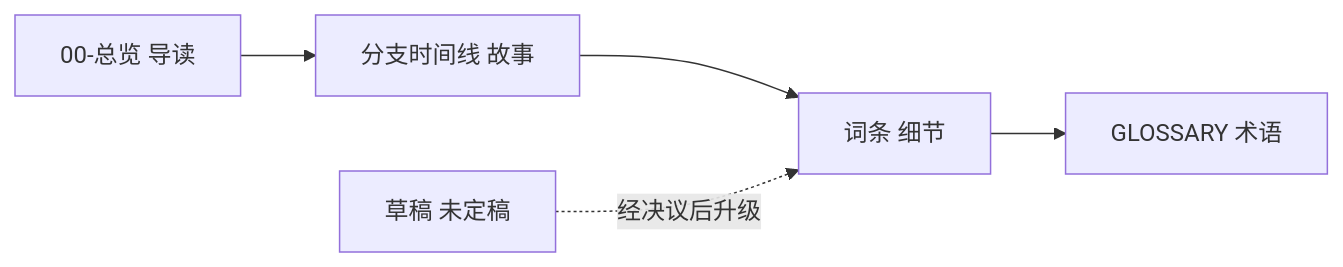
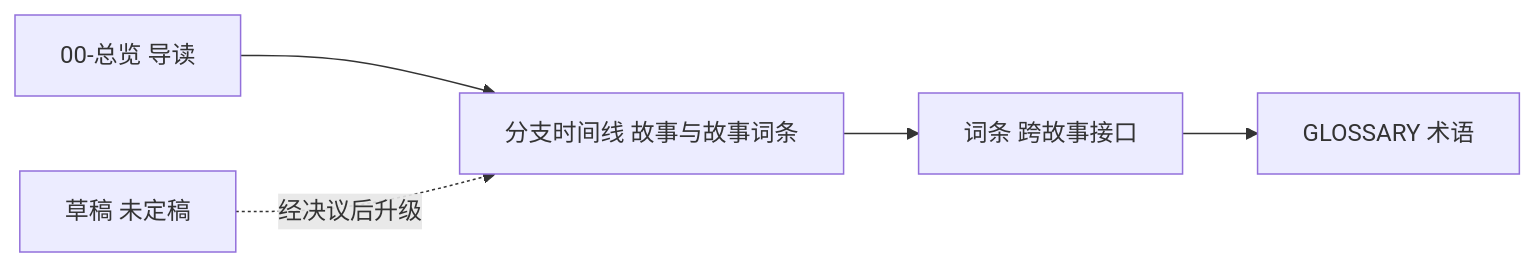
One commit to Estrella6066773/WorldCreate changed the diagram in README.md. Above: the diagram before and after it, drawn with Mermaid. The commit also changed other lines of this file and 124 other files, not shown here.

````diff
--- a/README.md
+++ b/README.md
@@ -34,7 +34,7 @@
 ```mermaid
 flowchart LR
-  总览[00-总览 导读] --> 时间线[分支时间线 故事]
-  时间线 --> 词条[词条 细节]
+  总览[00-总览 导读] --> 时间线[分支时间线 故事与故事词条]
+  时间线 --> 词条[词条 跨故事接口]
   词条 --> 词汇[GLOSSARY 术语]
-  草稿[草稿 未定稿] -. 经决议后升级 .-> 词条
+  草稿[草稿 未定稿] -. 经决议后升级 .-> 时间线
 ```
````
